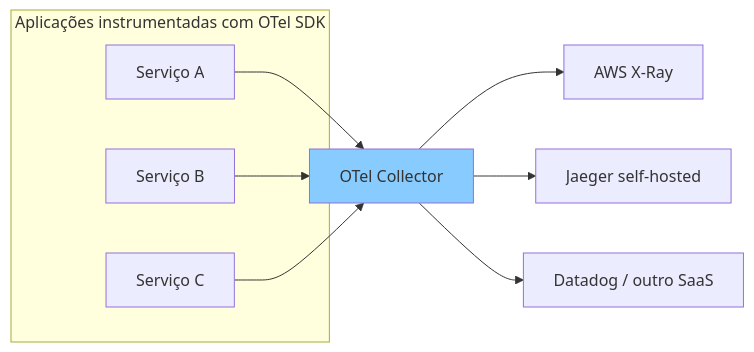
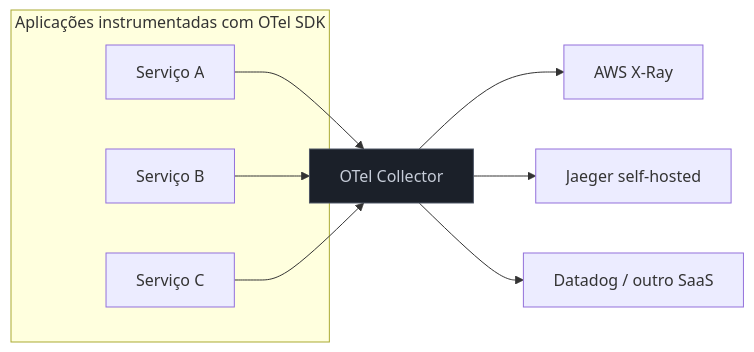
The third of 3 diagrams in 03-Dominios/Tecnologia/Cloud/17 - Observabilidade na cloud/03 - Tracing distribuído.md (josenaldo/codex-technomanticus), drawn with Mermaid before and after one commit. The commit also changed other lines of this file and 1181 other files, not shown here.

First line of the commit message:
fix(diagramas): paleta do sistema no lugar de cor cravada no markdown

````diff
--- a/03-Dominios/Tecnologia/Cloud/17 - Observabilidade na cloud/03 - Tracing distribuído.md
+++ b/03-Dominios/Tecnologia/Cloud/17 - Observabilidade na cloud/03 - Tracing distribuído.md
@@ -176,18 +178,19 @@
 ```mermaid
 flowchart LR
+    classDef neutro fill:#1B2029,stroke:#4E5666,color:#C6CCD8
     subgraph Apps["Aplicações instrumentadas com OTel SDK"]
         A1[Serviço A]
         A2[Serviço B]
         A3[Serviço C]
     end
 
     A1 --> OC[OTel Collector]
     A2 --> OC
     A3 --> OC
 
     OC --> XR[AWS X-Ray]
     OC --> JG[Jaeger self-hosted]
     OC --> DD[Datadog / outro SaaS]
 
-    style OC fill:#8cf
+    class OC neutro
 ```
````
